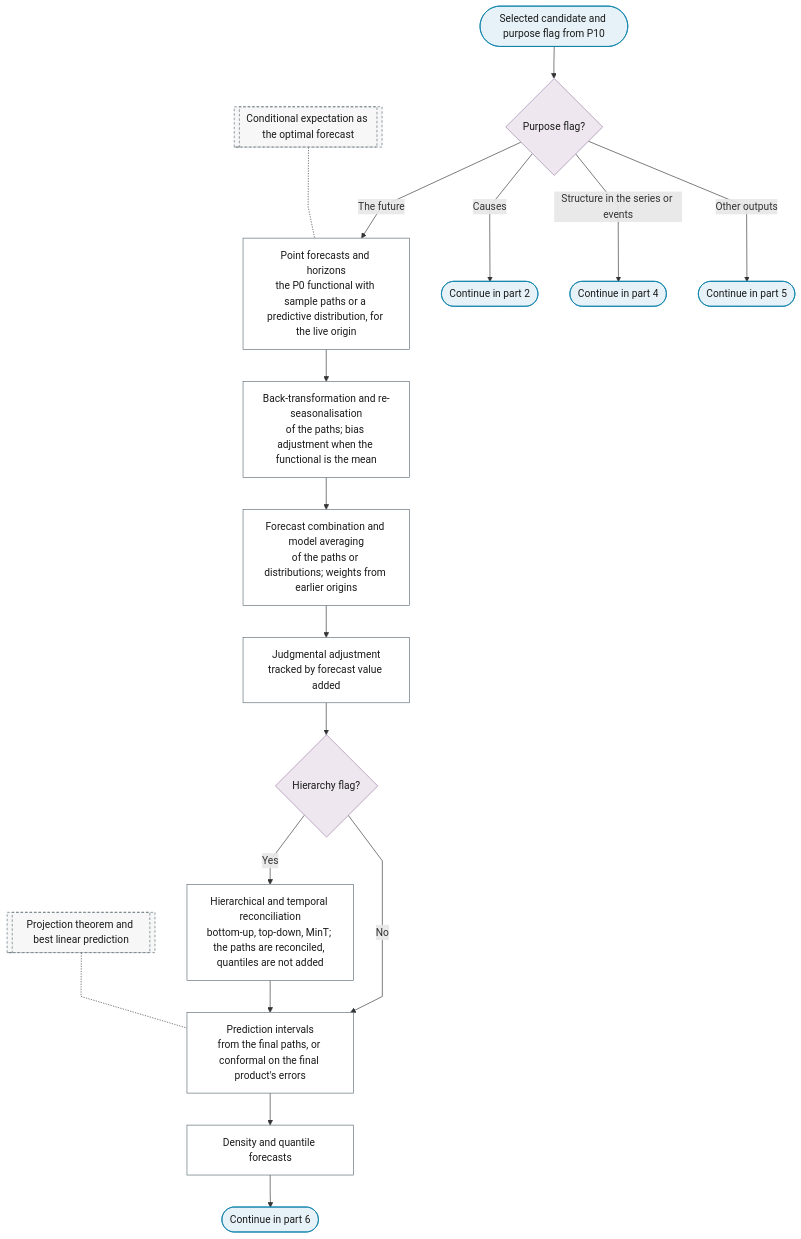
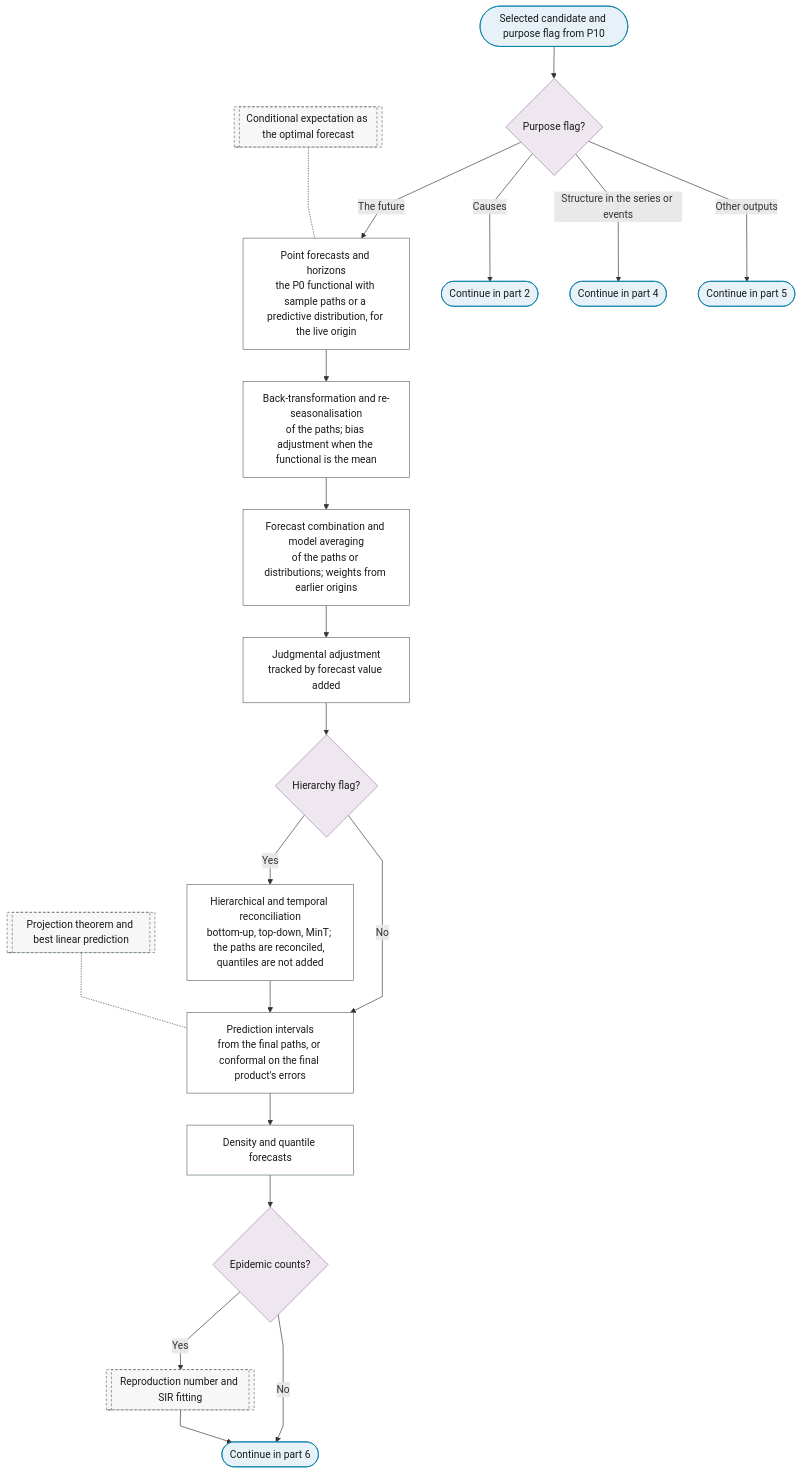
The first of 6 diagrams in docs/01-workflow/p11-inference.md (Shuxin-Y/time-series-analysis-manual), drawn with Mermaid before and after one commit. The commit also changed other lines of this file and 20 other files, not shown here.

First line of the commit message:
fix(charts): one placement per purpose leaf; branch table; exits and labels

````diff
--- a/docs/01-workflow/p11-inference.md
+++ b/docs/01-workflow/p11-inference.md
@@ -11,32 +11,35 @@
 ```mermaid
 %%{init: {"flowchart": {"curve": "linear"}}}%%
 graph TD
     P11_IN(["Selected candidate and purpose flag from P10"]) --> P11_PURPOSE{"Purpose flag?"}
     P11_PURPOSE -->|"The future"| P11_POINT_FORECASTS["Point forecasts and horizons<br/>the P0 functional with sample paths or a predictive distribution, for the live origin"]
     P11_PURPOSE -->|"Causes"| P11_TO_PART_2(["Continue in part 2"])
     P11_PURPOSE -->|"Structure in the series or events"| P11_TO_PART_4(["Continue in part 4"])
     P11_PURPOSE -->|"Other outputs"| P11_TO_PART_5(["Continue in part 5"])
     P11_POINT_FORECASTS --> P11_BACK_TRANSFORM["Back-transformation and re-seasonalisation<br/>of the paths; bias adjustment when the functional is the mean"]
     P11_BACK_TRANSFORM --> P11_COMBINATION["Forecast combination and model averaging<br/>of the paths or distributions; weights from earlier origins"]
     P11_COMBINATION --> P11_JUDGMENTAL["Judgmental adjustment<br/>tracked by forecast value added"]
     P11_JUDGMENTAL --> P11_HIERARCHY{"Hierarchy flag?"}
     P11_HIERARCHY -->|"Yes"| P11_RECONCILIATION["Hierarchical and temporal reconciliation<br/>bottom-up, top-down, MinT; the paths are reconciled, quantiles are not added"]
     P11_HIERARCHY -->|"No"| P11_INTERVALS
     P11_RECONCILIATION --> P11_INTERVALS["Prediction intervals<br/>from the final paths, or conformal on the final product's errors"]
     P11_INTERVALS --> P11_DENSITY_QUANTILE["Density and quantile forecasts"]
-    P11_DENSITY_QUANTILE --> P11_FC_TO_PART_6(["Continue in part 6"])
+    P11_DENSITY_QUANTILE --> P11_EPIDEMIC_Q{"Epidemic counts?"}
+    P11_EPIDEMIC_Q -->|"Yes"| P0_FC_EPIDEMIC[["Reproduction number and SIR fitting"]]
+    P11_EPIDEMIC_Q -->|"No"| P11_FC_TO_PART_6
+    P0_FC_EPIDEMIC --> P11_FC_TO_PART_6(["Continue in part 6"])
     F_CONDITIONAL_EXPECTATION[["Conditional expectation as the optimal forecast"]] -.- P11_POINT_FORECASTS
     F_PROJECTION[["Projection theorem and best linear prediction"]] -.- P11_INTERVALS
     class P11_IN,P11_TO_PART_2,P11_TO_PART_4,P11_TO_PART_5,P11_FC_TO_PART_6 terminator
-    class P11_PURPOSE,P11_HIERARCHY decision
+    class P11_PURPOSE,P11_HIERARCHY,P11_EPIDEMIC_Q decision
     class P11_POINT_FORECASTS,P11_INTERVALS,P11_DENSITY_QUANTILE,P11_BACK_TRANSFORM,P11_COMBINATION,P11_JUDGMENTAL,P11_RECONCILIATION process
-    class F_CONDITIONAL_EXPECTATION,F_PROJECTION ref
+    class F_CONDITIONAL_EXPECTATION,F_PROJECTION,P0_FC_EPIDEMIC ref
     classDef terminator fill:#E6F2F7,stroke:#007BA7,color:#1A1A1A;
     classDef process fill:#FFFFFF,stroke:#5A6B73,color:#1A1A1A;
     classDef decision fill:#EFE7F0,stroke:#9B7FA7,color:#1A1A1A;
     classDef data fill:#FFF4E0,stroke:#C9A55E,color:#1A1A1A;
     classDef good fill:#DCEFD8,stroke:#4A7A3F,color:#1A1A1A;
     classDef escalate fill:#FFE9C2,stroke:#C9A55E,color:#1A1A1A;
     classDef problem fill:#F2D9DE,stroke:#800020,color:#1A1A1A;
     classDef ref fill:#F7F7F7,stroke:#5A6B73,color:#1A1A1A,stroke-dasharray:4 3;
 ```
````
